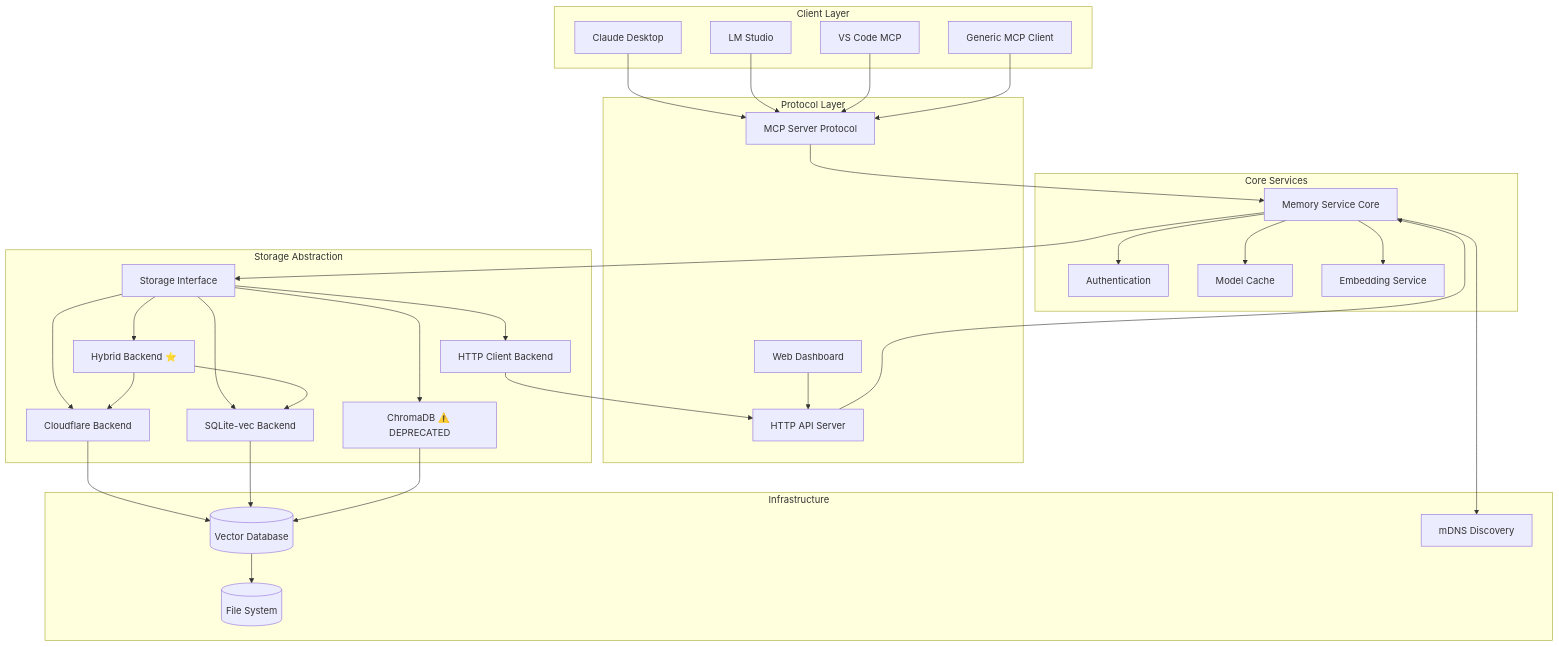
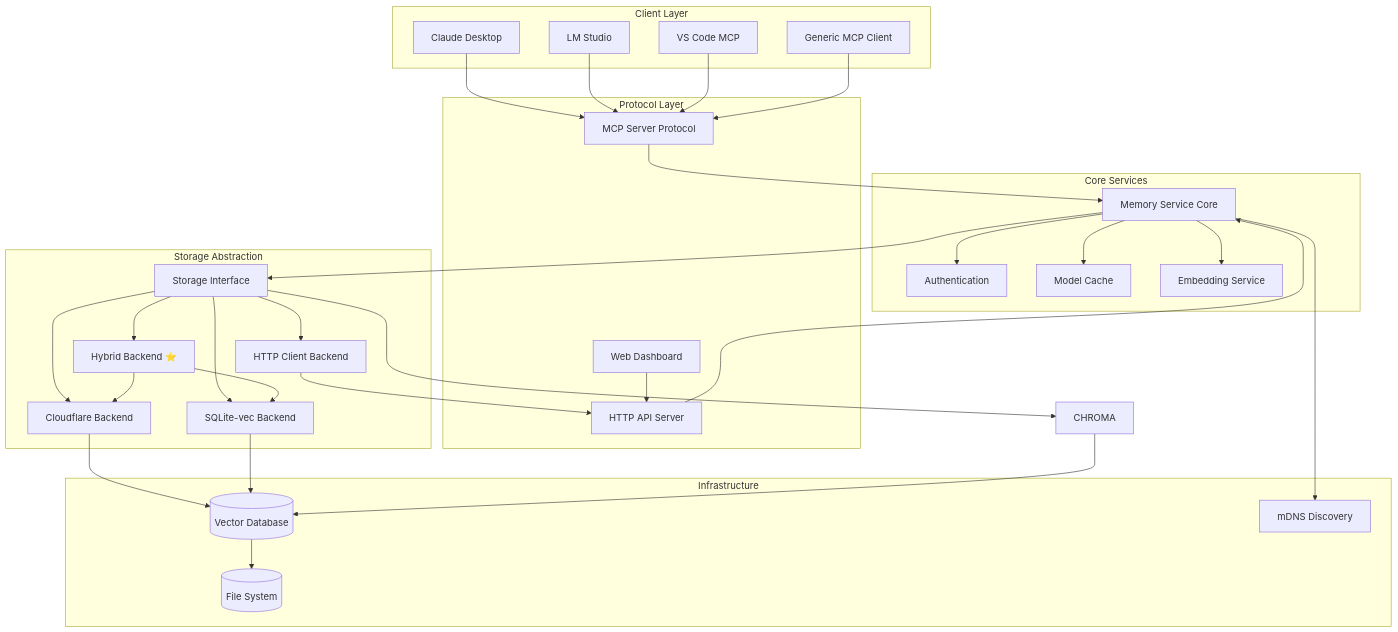
One commit to shaneholloman/mcp-memory-service changed the diagram in docs/architecture.md. Above: the diagram before and after it, drawn with Mermaid. The commit also changed other lines of this file and 30 other files, not shown here.

````diff
--- a/docs/architecture.md
+++ b/docs/architecture.md
@@ -9,67 +9,66 @@
 ```mermaid
 graph TB
     subgraph "Client Layer"
         CC[Claude Desktop]
         LMS[LM Studio]
         VSC[VS Code MCP]
         GEN[Generic MCP Client]
     end
 
     subgraph "Protocol Layer"
         MCP[MCP Server Protocol]
         HTTP[HTTP API Server]
         WEB[Web Dashboard]
     end
 
     subgraph "Core Services"
         SRV[Memory Service Core]
         AUTH[Authentication]
         CACHE[Model Cache]
         EMB[Embedding Service]
     end
 
     subgraph "Storage Abstraction"
         ABS[Storage Interface]
         HYBRID[Hybrid Backend ⭐]
         CLOUDFLARE[Cloudflare Backend]
         SQLITE[SQLite-vec Backend]
         REMOTE[HTTP Client Backend]
-        CHROMA[ChromaDB ⚠️ DEPRECATED]
     end
 
     subgraph "Infrastructure"
         DB[(Vector Database)]
         FS[(File System)]
         MDNS[mDNS Discovery]
     end
 
     CC --> MCP
     LMS --> MCP
     VSC --> MCP
     GEN --> MCP
     
     MCP --> SRV
     HTTP --> SRV
     WEB --> HTTP
     
     SRV --> AUTH
     SRV --> CACHE
     SRV --> EMB
     SRV --> ABS
     
     ABS --> HYBRID
     ABS --> CLOUDFLARE
     ABS --> SQLITE
     ABS --> REMOTE
     ABS --> CHROMA
 
     HYBRID --> SQLITE
     HYBRID --> CLOUDFLARE
     CLOUDFLARE --> DB
     SQLITE --> DB
     REMOTE --> HTTP
     CHROMA --> DB
     
     DB --> FS
     SRV --> MDNS
 ```
````
